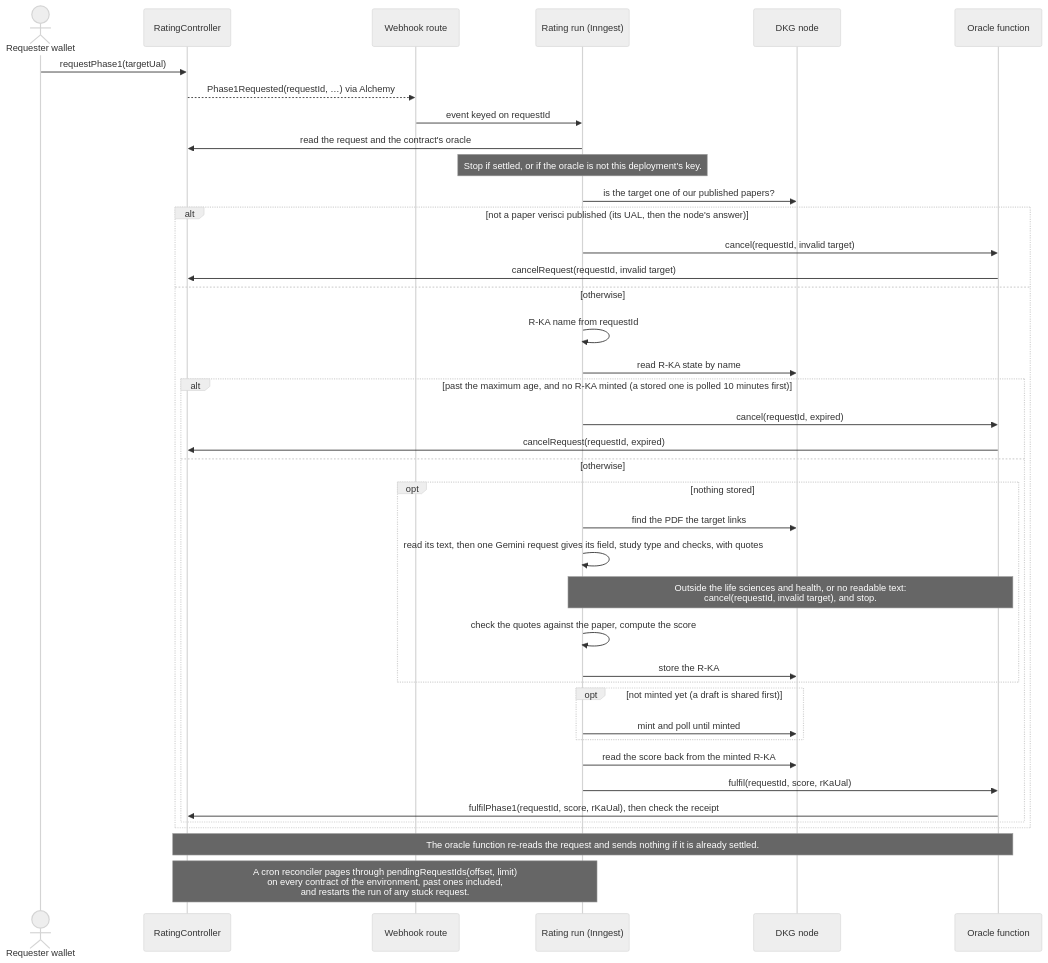
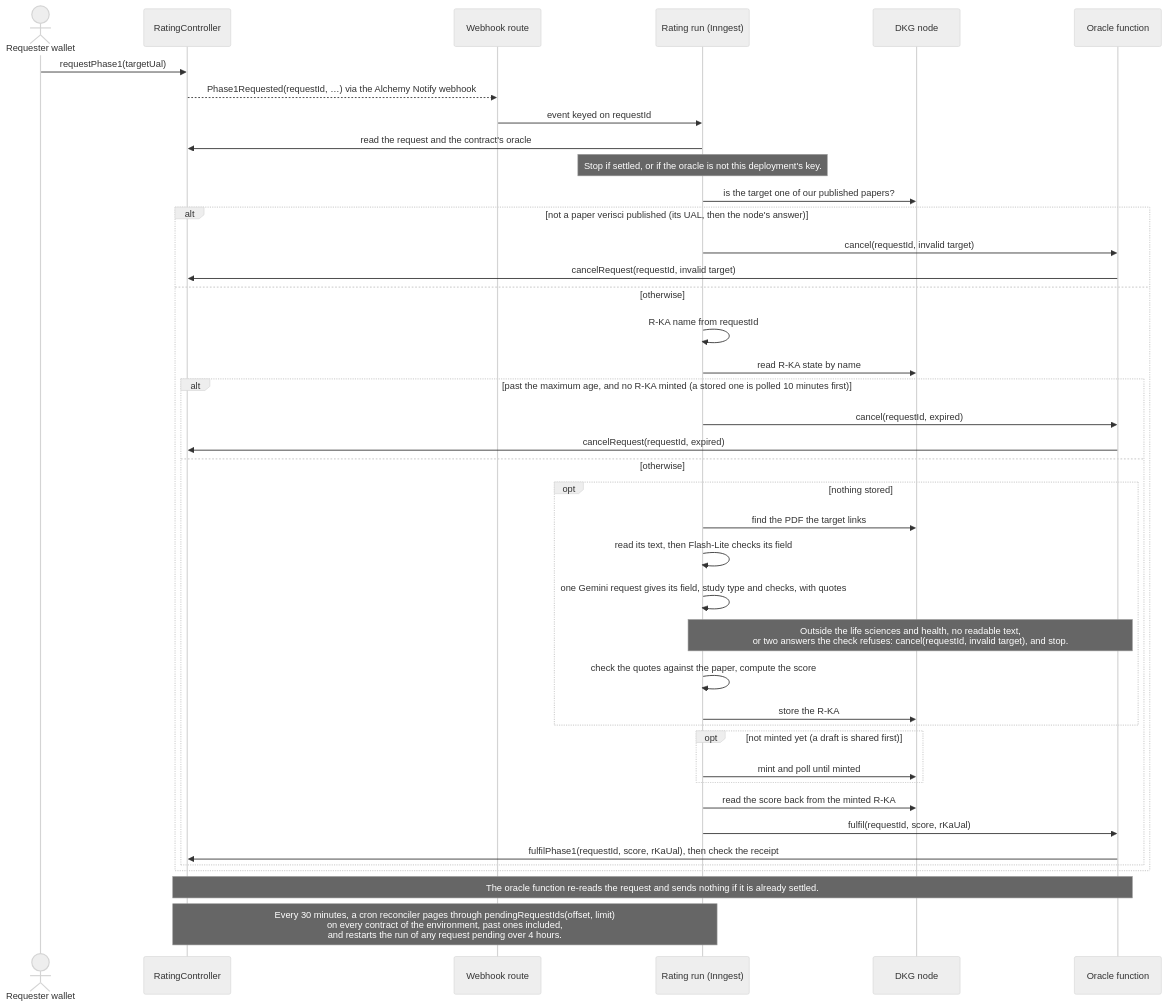
Before and after one commit to SiegfriedBz/labstrail: the third of 3 diagrams in README.md, drawn with Mermaid (neutral theme). The commit also changed other lines of this file and 176 other files, not shown here.

````diff
--- a/README.md
+++ b/README.md
@@ -206,42 +209,43 @@
 ```mermaid
 sequenceDiagram
   actor U as Requester wallet
   participant C as RatingController
   participant W as Webhook route
   participant R as Rating run (Inngest)
   participant N as DKG node
   participant O as Oracle function
   U->>C: requestPhase1(targetUal)
-  C-->>W: Phase1Requested(requestId, …) via Alchemy
+  C-->>W: Phase1Requested(requestId, …) via the Alchemy Notify webhook
   W->>R: event keyed on requestId
   R->>C: read the request and the contract's oracle
   Note over R: Stop if settled, or if the oracle is not this deployment's key.
   R->>N: is the target one of our published papers?
   alt not a paper verisci published (its UAL, then the node's answer)
     R->>O: cancel(requestId, invalid target)
     O->>C: cancelRequest(requestId, invalid target)
   else otherwise
     R->>R: R-KA name from requestId
     R->>N: read R-KA state by name
     alt past the maximum age, and no R-KA minted (a stored one is polled 10 minutes first)
       R->>O: cancel(requestId, expired)
       O->>C: cancelRequest(requestId, expired)
     else otherwise
       opt nothing stored
         R->>N: find the PDF the target links
-        R->>R: read its text, then one Gemini request gives its field, study type and checks, with quotes
-        Note over R,O: Outside the life sciences and health, or no readable text:<br/>cancel(requestId, invalid target), and stop.
+        R->>R: read its text, then Flash-Lite checks its field
+        R->>R: one Gemini request gives its field, study type and checks, with quotes
+        Note over R,O: Outside the life sciences and health, no readable text,<br/>or two answers the check refuses: cancel(requestId, invalid target), and stop.
         R->>R: check the quotes against the paper, compute the score
         R->>N: store the R-KA
       end
       opt not minted yet (a draft is shared first)
         R->>N: mint and poll until minted
       end
       R->>N: read the score back from the minted R-KA
       R->>O: fulfil(requestId, score, rKaUal)
       O->>C: fulfilPhase1(requestId, score, rKaUal), then check the receipt
     end
   end
   Note over C,O: The oracle function re-reads the request and sends nothing if it is already settled.
-  Note over C,R: A cron reconciler pages through pendingRequestIds(offset, limit)<br/>on every contract of the environment, past ones included,<br/>and restarts the run of any stuck request.
+  Note over C,R: Every 30 minutes, a cron reconciler pages through pendingRequestIds(offset, limit)<br/>on every contract of the environment, past ones included,<br/>and restarts the run of any request pending over 4 hours.
 ```
````
